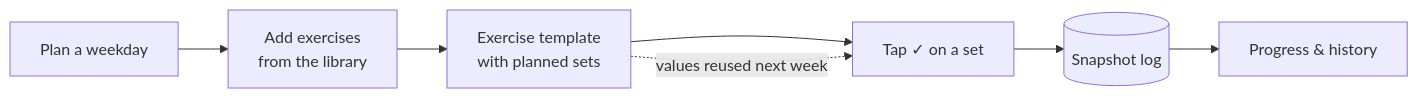
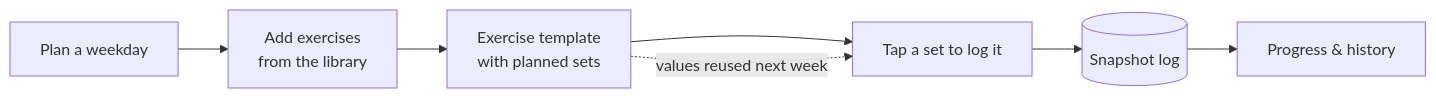
One commit to kaurav-satyam/gym-track changed the diagram in README.md. Above: the diagram before and after it, drawn with Mermaid. The commit also changed other lines of this file and 7 other files, not shown here.

````diff
--- a/README.md
+++ b/README.md
@@ -58,9 +58,9 @@
 ```mermaid
 flowchart LR
   A[Plan a weekday] --> B[Add exercises<br/>from the library]
   B --> C[Exercise template<br/>with planned sets]
-  C --> D[Tap ✓ on a set]
+  C --> D[Tap a set to log it]
   D --> E[(Snapshot log)]
   E --> F[Progress & history]
   C -. values reused next week .-> D
 ```
````
